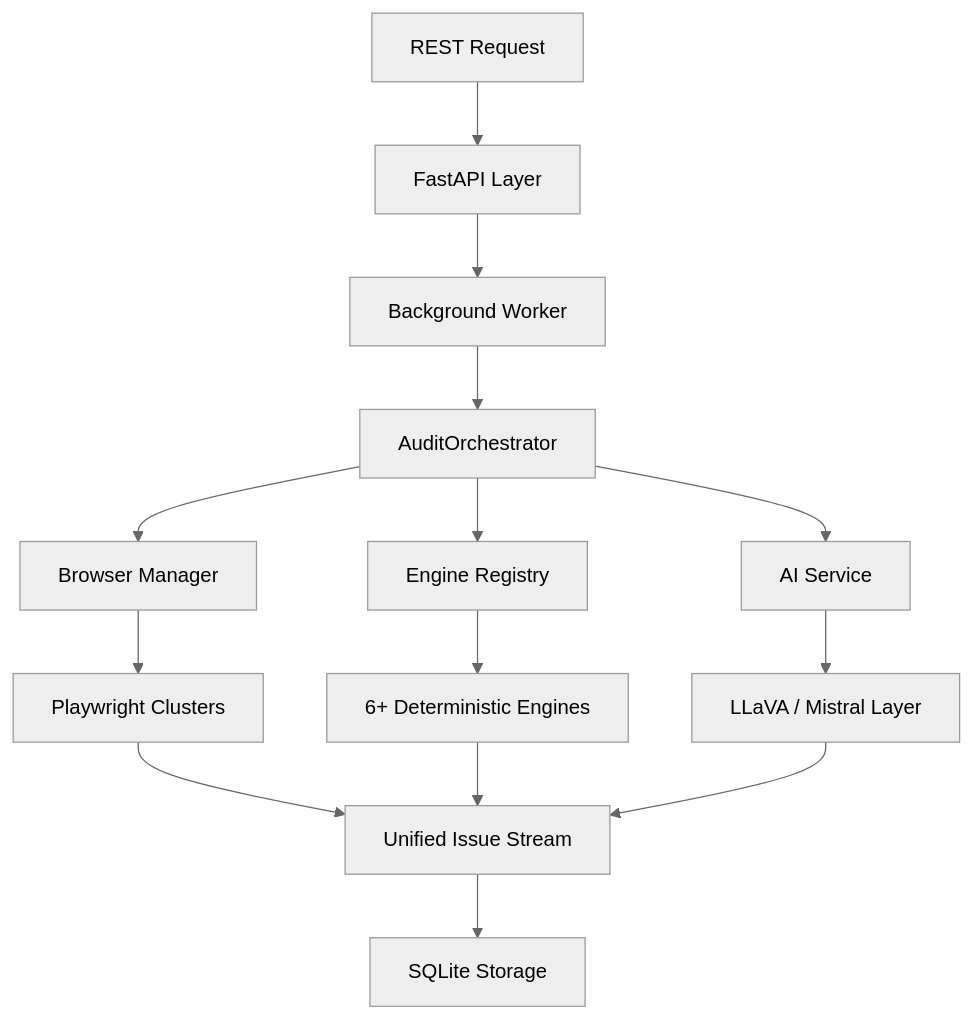
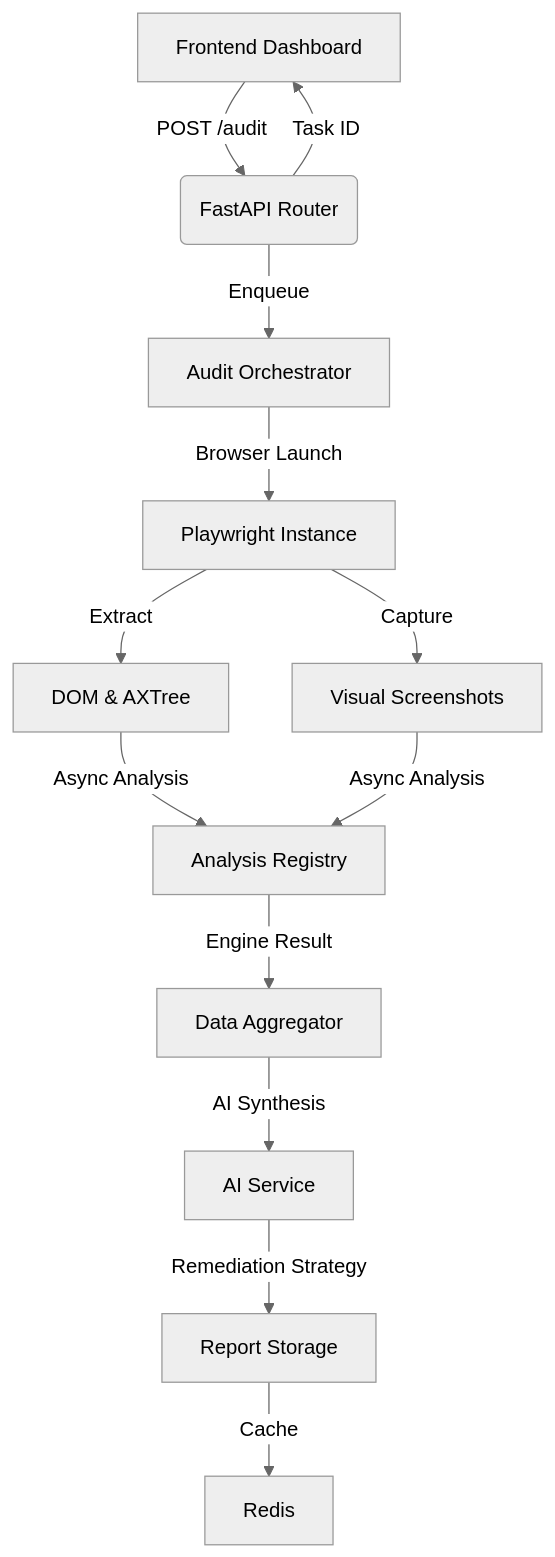
The diagram in backend/ARCHITECTURE.md (Cyberpunk-San/Accesslens), drawn with Mermaid (neutral theme) before and after one commit. The commit also changed other lines of this file and 4 other files, not shown here.

````diff
--- a/backend/ARCHITECTURE.md
+++ b/backend/ARCHITECTURE.md
@@ -9,14 +21,14 @@
 ```mermaid
 graph TD
-    A[REST Request] --> B[FastAPI Layer]
-    B --> C[Background Worker]
-    C --> D[AuditOrchestrator]
-    D --> E[Browser Manager]
-    D --> F[Engine Registry]
-    D --> G[AI Service]
-    E --> H[Playwright Clusters]
-    F --> I[6+ Deterministic Engines]
-    G --> J[LLaVA / Mistral Layer]
-    H & I & J --> K[Unified Issue Stream]
-    K --> L[SQLite Storage]
+    A[Frontend Dashboard] -->|POST /audit| B(FastAPI Router)
+    B -->|Task ID| A
+    B -->|Enqueue| C[Audit Orchestrator]
+    C -->|Browser Launch| D[Playwright Instance]
+    D -->|Extract| E[DOM & AXTree]
+    D -->|Capture| F[Visual Screenshots]
+    E & F -->|Async Analysis| G[Analysis Registry]
+    G -->|Engine Result| H[Data Aggregator]
+    H -->|AI Synthesis| I[AI Service]
+    I -->|Remediation Strategy| J[Report Storage]
+    J -->|Cache| K[Redis]
 ```
````
